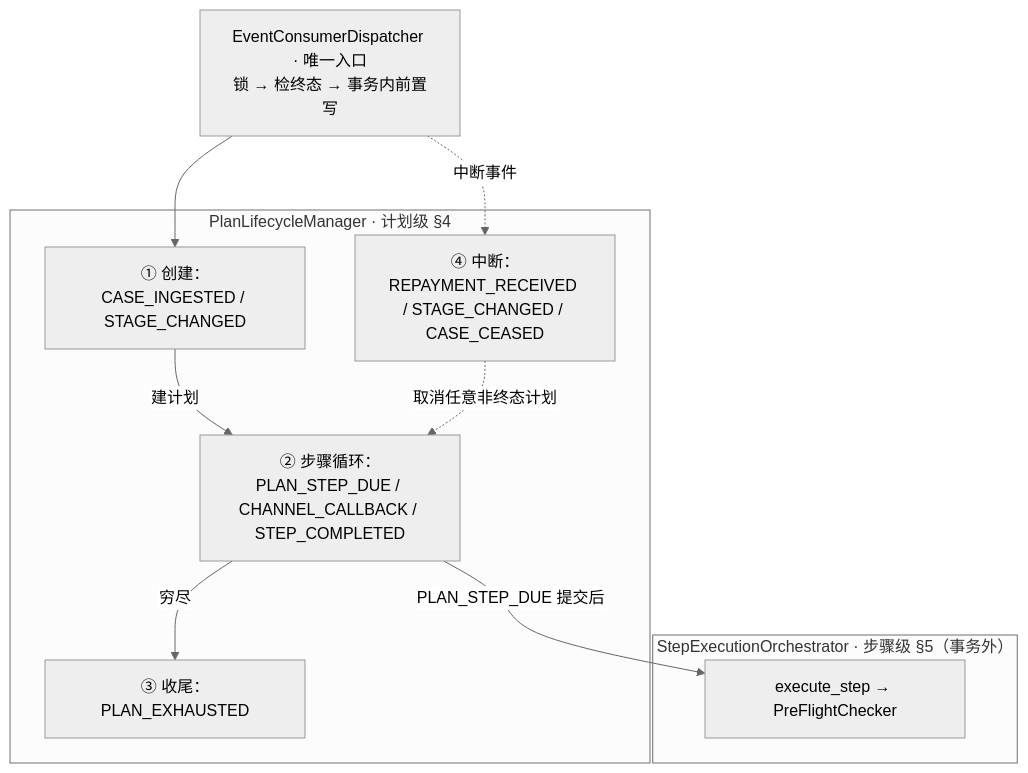
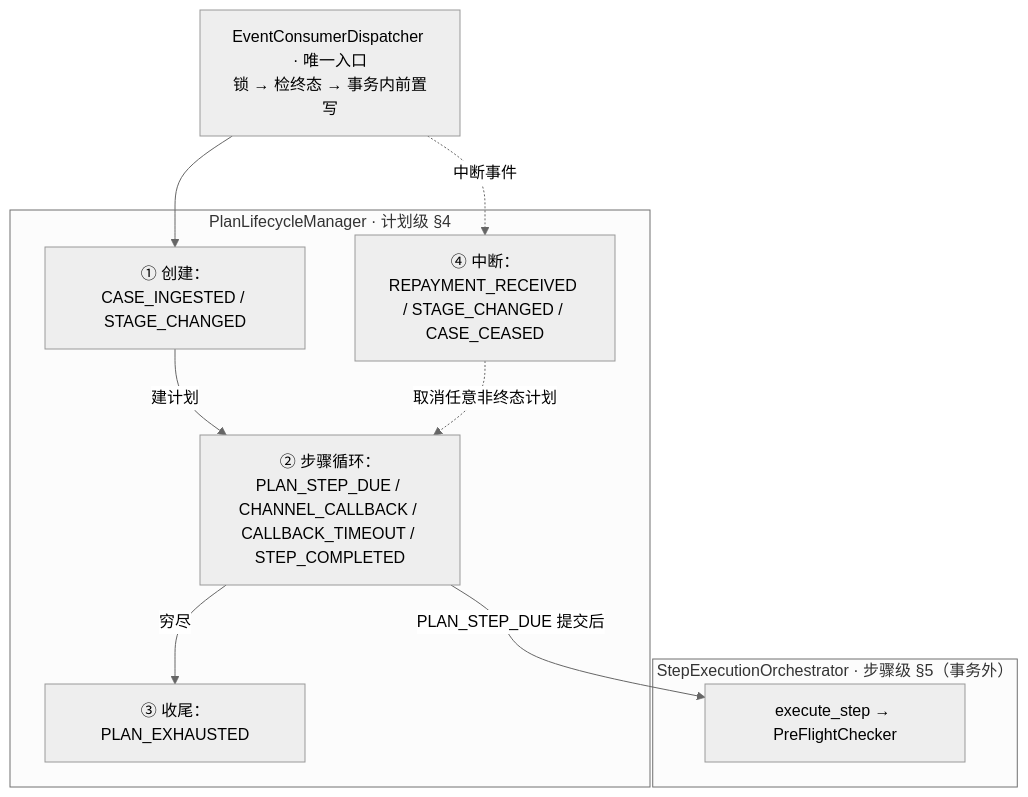
The second of 5 diagrams in docs/MOCASA催收系统升级_Phase1_核心引擎规格.md (katherineliu2102/Intelligent-Collection-V1), drawn with Mermaid (neutral theme) before and after one commit. The commit also changed other lines of this file and 11 other files, not shown here.

````diff
--- a/docs/MOCASA催收系统升级_Phase1_核心引擎规格.md
+++ b/docs/MOCASA催收系统升级_Phase1_核心引擎规格.md
@@ -104,22 +114,22 @@
 ```mermaid
 flowchart TB
     D["EventConsumerDispatcher · 唯一入口<br/>锁 → 检终态 → 事务内前置写"]
 
     subgraph plan["PlanLifecycleManager · 计划级 §4"]
         P1["① 创建：CASE_INGESTED / STAGE_CHANGED"]
-        P3["② 步骤循环：PLAN_STEP_DUE / CHANNEL_CALLBACK / STEP_COMPLETED"]
+        P3["② 步骤循环：PLAN_STEP_DUE / CHANNEL_CALLBACK / CALLBACK_TIMEOUT / STEP_COMPLETED"]
         P4["③ 收尾：PLAN_EXHAUSTED"]
         P2["④ 中断：REPAYMENT_RECEIVED / STAGE_CHANGED / CASE_CEASED"]
     end
 
     subgraph step["StepExecutionOrchestrator · 步骤级 §5（事务外）"]
         O["execute_step → PreFlightChecker"]
     end
 
     D --> P1
     P1 -->|"建计划"| P3
     P3 -->|"穷尽"| P4
     P3 -->|"PLAN_STEP_DUE 提交后"| O
     D -. "中断事件" .-> P2
     P2 -. "取消任意非终态计划" .-> P3
 ```
````
